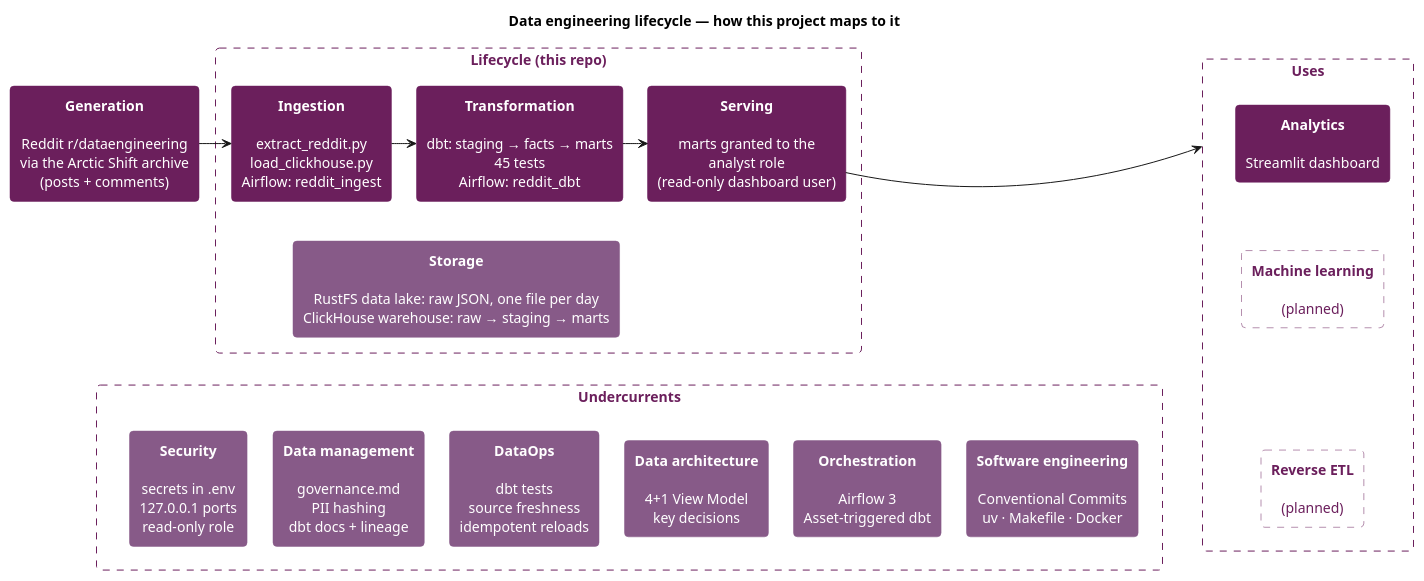
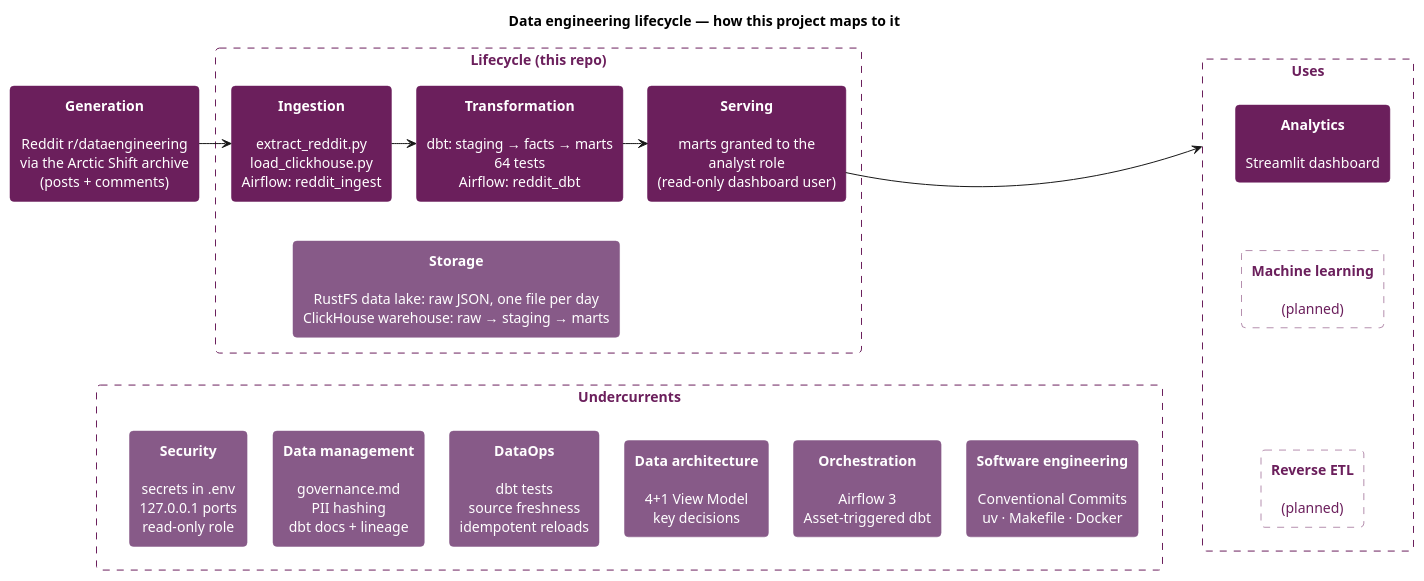
The diagram in docs/architecture/diagrams/lifecycle.puml (modsomjeed/reddit-dataeng), drawn with PlantUML before and after one commit. The commit also changed 5 other files, not shown here.

Commit message:
docs(architecture): add the dashboard marts to the logical view

```diff
--- a/docs/architecture/diagrams/lifecycle.puml
+++ b/docs/architecture/diagrams/lifecycle.puml
@@ -1,69 +1,69 @@
 @startuml lifecycle
 title Data engineering lifecycle — how this project maps to it
 skinparam shadowing false
 skinparam defaultTextAlignment center
 skinparam nodesep 25
 skinparam ranksep 40
 hide stereotype
 skinparam rectangle {
   RoundCorner 8
   BorderColor #6b1f5c
   FontColor #ffffff
   BackgroundColor #6b1f5c
 }
 skinparam rectangle<<light>> {
   BackgroundColor #875a88
   BorderColor #875a88
 }
 skinparam rectangle<<planned>> {
   BackgroundColor #ffffff
   FontColor #6b1f5c
   BorderStyle dashed
 }
 skinparam rectangle<<frame>> {
   BackgroundColor #ffffff
   BorderStyle dashed
   FontColor #6b1f5c
 }
 
 rectangle "**Generation**\n\nReddit r/dataengineering\nvia the Arctic Shift archive\n(posts + comments)" as gen
 
 rectangle "Lifecycle (this repo)" <<frame>> as life {
   rectangle "**Ingestion**\n\nextract_reddit.py\nload_clickhouse.py\nAirflow: reddit_ingest" as ing
-  rectangle "**Transformation**\n\ndbt: staging → facts → marts\n45 tests\nAirflow: reddit_dbt" as trans
+  rectangle "**Transformation**\n\ndbt: staging → facts → marts\n64 tests\nAirflow: reddit_dbt" as trans
   rectangle "**Serving**\n\nmarts granted to the\nanalyst role\n(read-only dashboard user)" as serve
   rectangle "**Storage**\n\nRustFS data lake: raw JSON, one file per day\nClickHouse warehouse: raw → staging → marts" <<light>> as store
 }
 
 rectangle "Uses" <<frame>> as uses {
   rectangle "**Analytics**\n\nStreamlit dashboard" as analytics
   rectangle "**Machine learning**\n\n(planned)" <<planned>> as ml
   rectangle "**Reverse ETL**\n\n(planned)" <<planned>> as retl
 }
 
 gen -right-> ing
 ing -right-> trans
 trans -right-> serve
 serve -right-> uses
 ing -[hidden]down-> store
 trans -[hidden]down-> store
 serve -[hidden]down-> store
 analytics -[hidden]down- ml
 ml -[hidden]down- retl
 
 rectangle "Undercurrents" <<frame>> as under {
   rectangle "**Security**\n\nsecrets in .env\n127.0.0.1 ports\nread-only role" <<light>> as sec
   rectangle "**Data management**\n\ngovernance.md\nPII hashing\ndbt docs + lineage" <<light>> as dm
   rectangle "**DataOps**\n\ndbt tests\nsource freshness\nidempotent reloads" <<light>> as ops
   rectangle "**Data architecture**\n\n4+1 View Model\nkey decisions" <<light>> as arch
   rectangle "**Orchestration**\n\nAirflow 3\nAsset-triggered dbt" <<light>> as orch
   rectangle "**Software engineering**\n\nConventional Commits\nuv · Makefile · Docker" <<light>> as swe
 }
 store -[hidden]down-> under
 gen -[hidden]down-> under
 sec -[hidden]right- dm
 dm -[hidden]right- ops
 ops -[hidden]right- arch
 arch -[hidden]right- orch
 orch -[hidden]right- swe
 @enduml
```
